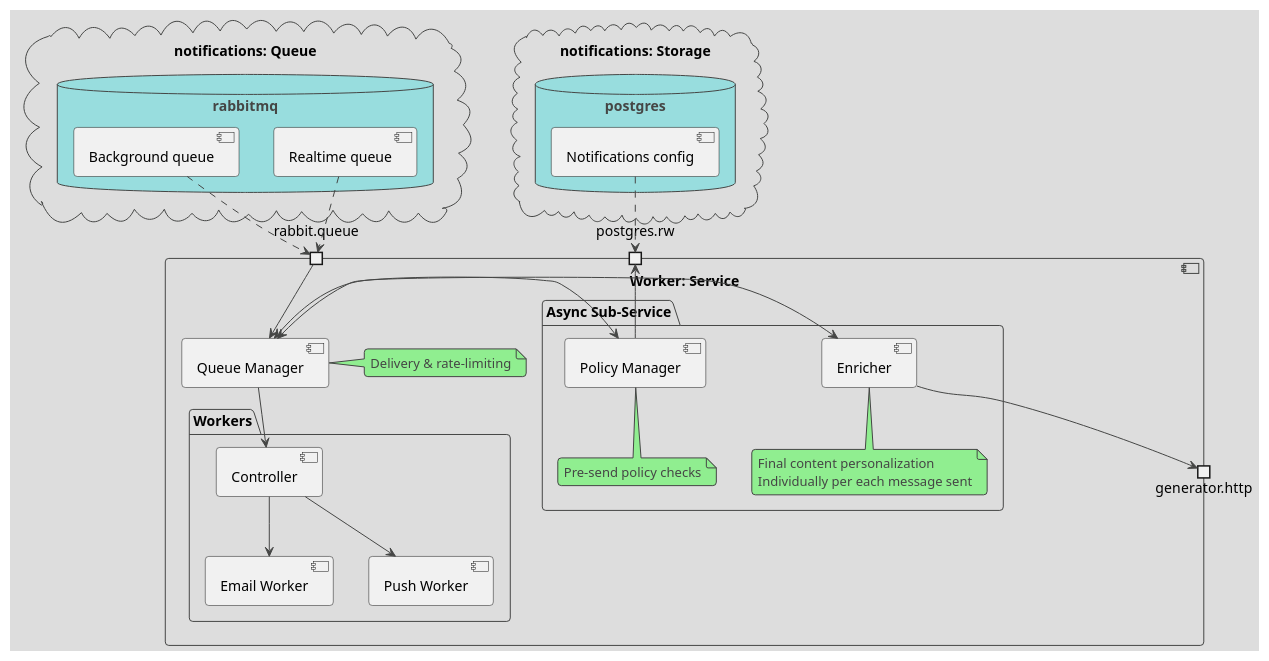
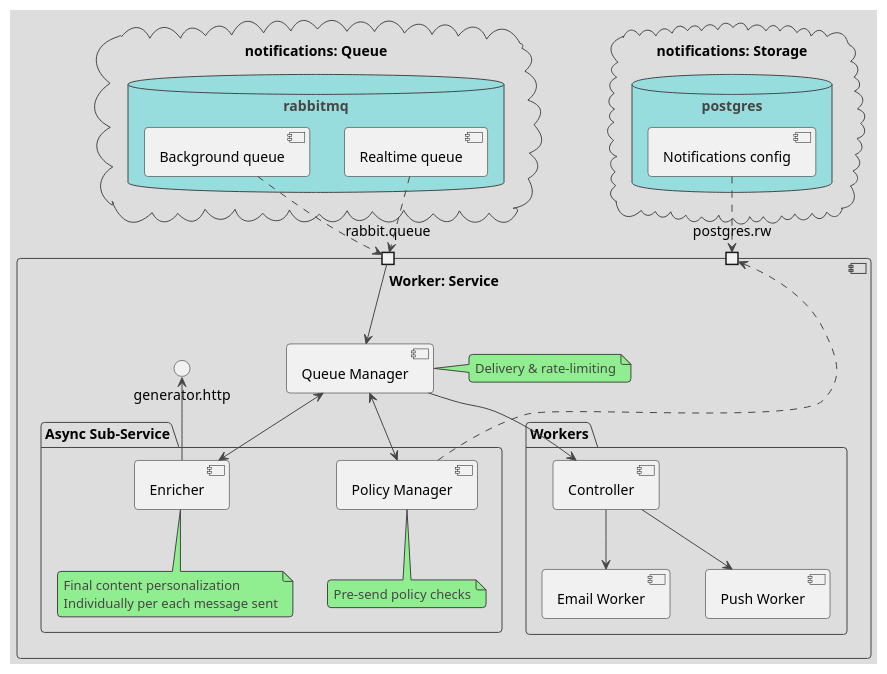
One commit to ilya-spy/notifications_sprint_1 changed the diagram in doc/arch/notifications_worker.puml. Above: the diagram before and after it, drawn with PlantUML. The commit also changed 6 other files, not shown here.

Commit message:
update sender diagram

```diff
--- a/doc/arch/notifications_worker.puml
+++ b/doc/arch/notifications_worker.puml
@@ -1,69 +1,68 @@
 @startuml "Notifications worker module"
 !theme toy
 '''Часть сервиса уведомлений, отвечающая за доставку уведомлений в каналы распространения''
 
 
 '''Хранилища и внешние сервисы'''
 cloud "notifications: Queue" {
     database "rabbitmq" {
         [Realtime queue]
         [Background queue]
     }
 }
 
 cloud "notifications: Storage" {
     database "postgres" {
         [Notifications config]
 
     }
 }
 
 
 '''Компоненты бизнес-логики'''
 component "Worker: Service" {
     'Внешние интерфейсы службы'
     portin rabbit.queue
     portin postgres.rw
-    portout generator.http
 
     'Компоненты службы'
     [Queue Manager]
     note right of [Queue Manager]: Delivery & rate-limiting
 
 
     package "Workers" {
         [Controller]
         [Email Worker]
         [Push Worker]
     }
 
     package "Async Sub-Service" {
         [Policy Manager]
         note bottom of [Policy Manager]: Pre-send policy checks
 
         [Enricher]
         note bottom of [Enricher]: Final content personalization\nIndividually per each message sent
     }
 
     'Внутренние каналы службы'
     [Queue Manager] --> [Controller]
-    [Queue Manager] <-> [Policy Manager]
-    [Queue Manager] <-> [Enricher]
+    [Queue Manager] <--> [Policy Manager]
+    [Queue Manager] <--> [Enricher]
 
     [Controller] --> [Email Worker]
     [Controller] --> [Push Worker]
 
     'Обслуживание внешних интерфейсы'
     rabbit.queue -->  [Queue Manager]
-    postgres.rw  <--  [Policy Manager]
+    postgres.rw  <..  [Policy Manager]
     
     [Enricher] -up-> generator.http
 }
 
 
 '''Обслуживание внешних и облачных сервисов'''
 [Background queue] ..> rabbit.queue
 [Realtime queue]   ..> rabbit.queue
-[Notifications config] .down.> postgres.rw
+[Notifications config] ..> postgres.rw
 
 @enduml
```
